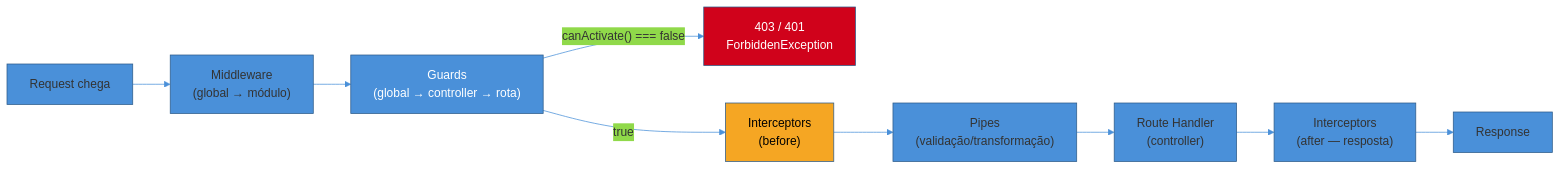
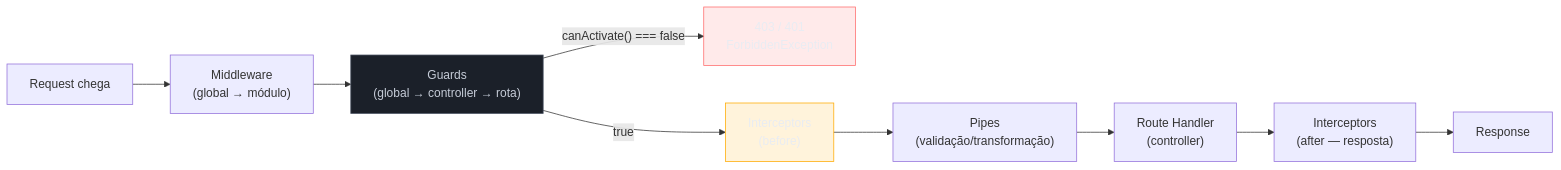
One commit to josenaldo/codex-technomanticus changed the first of 2 diagrams in 03-Dominios/Engenharia/Auth e Identidade/4 - Auth nos stacks/05 - Node — NestJS.md. Above: the diagram before and after it, drawn with Mermaid. The commit also changed other lines of this file and 1181 other files, not shown here.

First line of the commit message:
fix(diagramas): paleta do sistema no lugar de cor cravada no markdown

````diff
--- a/03-Dominios/Engenharia/Auth e Identidade/4 - Auth nos stacks/05 - Node — NestJS.md
+++ b/03-Dominios/Engenharia/Auth e Identidade/4 - Auth nos stacks/05 - Node — NestJS.md
@@ -38,16 +38,18 @@
 ```mermaid
-%%{init: {"theme": "base", "themeVariables": {"primaryColor": "#4A90D9", "primaryBorderColor": "#2E5C8A", "lineColor": "#4A90D9"}}}%%
 graph LR
+    classDef neutro fill:#1B2029,stroke:#4E5666,color:#C6CCD8
+    classDef falha fill:#FF6B6B24,stroke:#FF6B6B,color:#E9ECF2
+    classDef destaque fill:#FFAA0024,stroke:#FFAA00,color:#E9ECF2
     A["Request chega"] --> B["Middleware<br/>(global → módulo)"]
     B --> C["Guards<br/>(global → controller → rota)"]
     C -->|"canActivate() === false"| X["403 / 401<br/>ForbiddenException"]
     C -->|"true"| D["Interceptors<br/>(before)"]
     D --> E["Pipes<br/>(validação/transformação)"]
     E --> F["Route Handler<br/>(controller)"]
     F --> G["Interceptors<br/>(after — resposta)"]
     G --> H["Response"]
 
-    style C fill:#4A90D9,color:#fff
-    style X fill:#D0021B,color:#fff
-    style D fill:#F5A623,color:#000
+    class C neutro
+    class X falha
+    class D destaque
 ```
````
